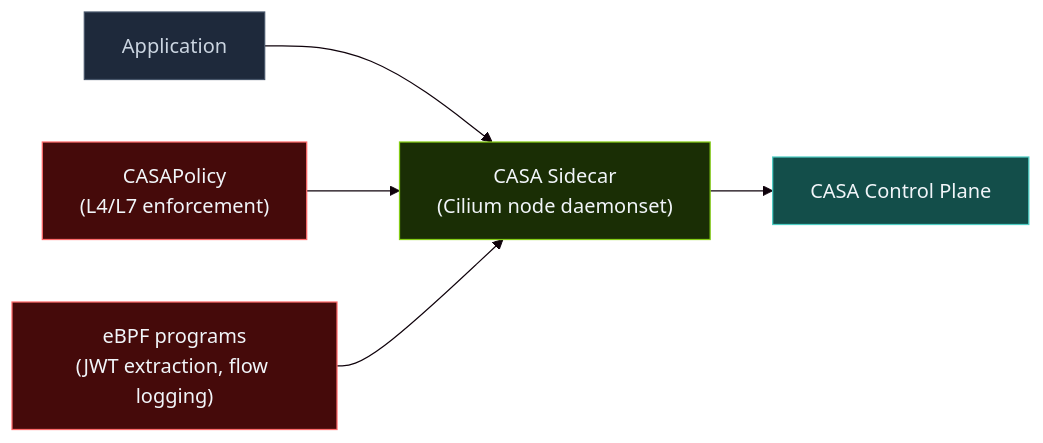
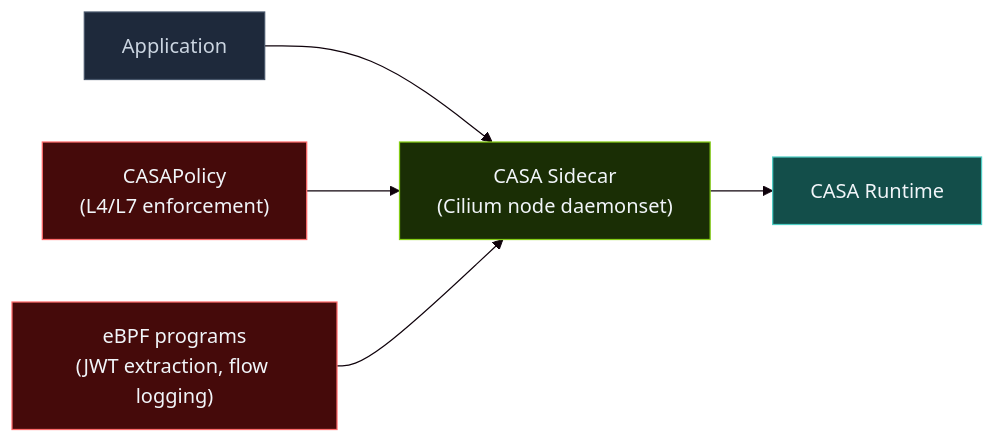
The diagram in docs/ui/docs/deployment-modes/cilium.md (outshift-open/CASA), drawn with Mermaid before and after one commit. The commit also changed other lines of this file and 95 other files, not shown here.

Commit message:
feat: Rename to CASA runtime

````diff
--- a/docs/ui/docs/deployment-modes/cilium.md
+++ b/docs/ui/docs/deployment-modes/cilium.md
@@ -19,14 +19,14 @@
 ```mermaid
 %%{init: {'theme': 'base', 'themeVariables': {'background': '#f0fdf4', 'edgeLabelBackground': '#f0fdf4'}}}%%
 graph LR
     Application --> Sidecar["CASA Sidecar\n(Cilium node daemonset)"]
-    Sidecar --> CASA["CASA Control Plane"]
+    Sidecar --> CASA["CASA Runtime"]
     ZTP["CASAPolicy\n(L4/L7 enforcement)"] --> Sidecar
     eBPF["eBPF programs\n(JWT extraction, flow logging)"] --> Sidecar
 
     style Application fill:#1e293b,stroke:#475569,color:#cbd5e1
     style Sidecar fill:#1a2e05,stroke:#84cc16,color:#f1f5f9
     style CASA fill:#134e4a,stroke:#4ecdc4,color:#f1f5f9
     style ZTP fill:#450a0a,stroke:#ff6b6b,color:#f1f5f9
     style eBPF fill:#450a0a,stroke:#ff6b6b,color:#f1f5f9
 ```
````
